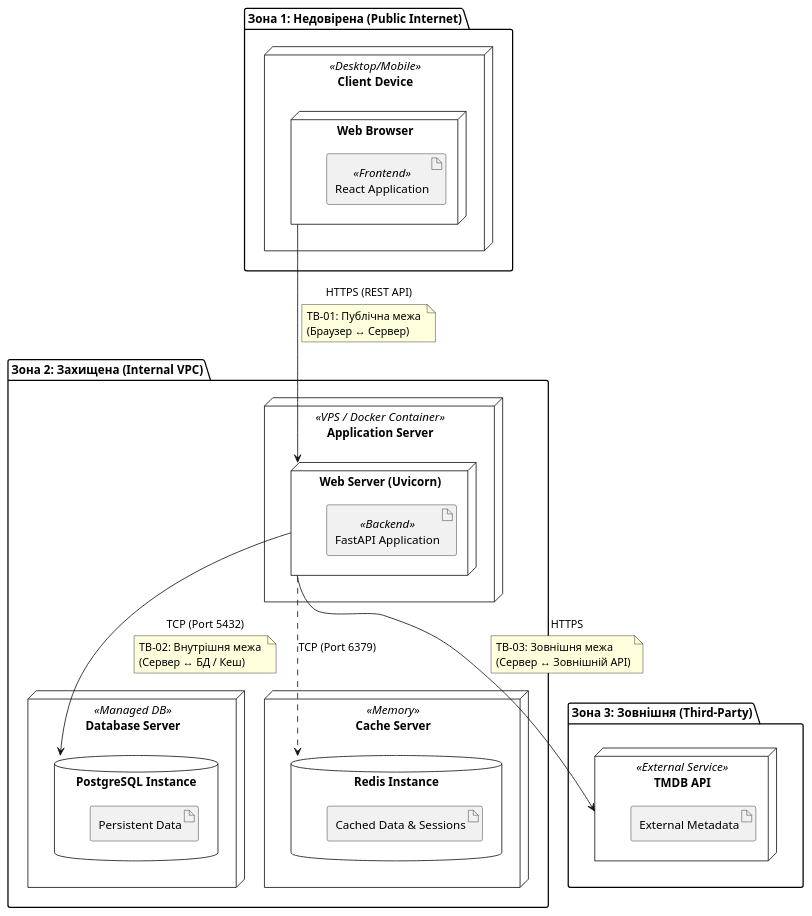
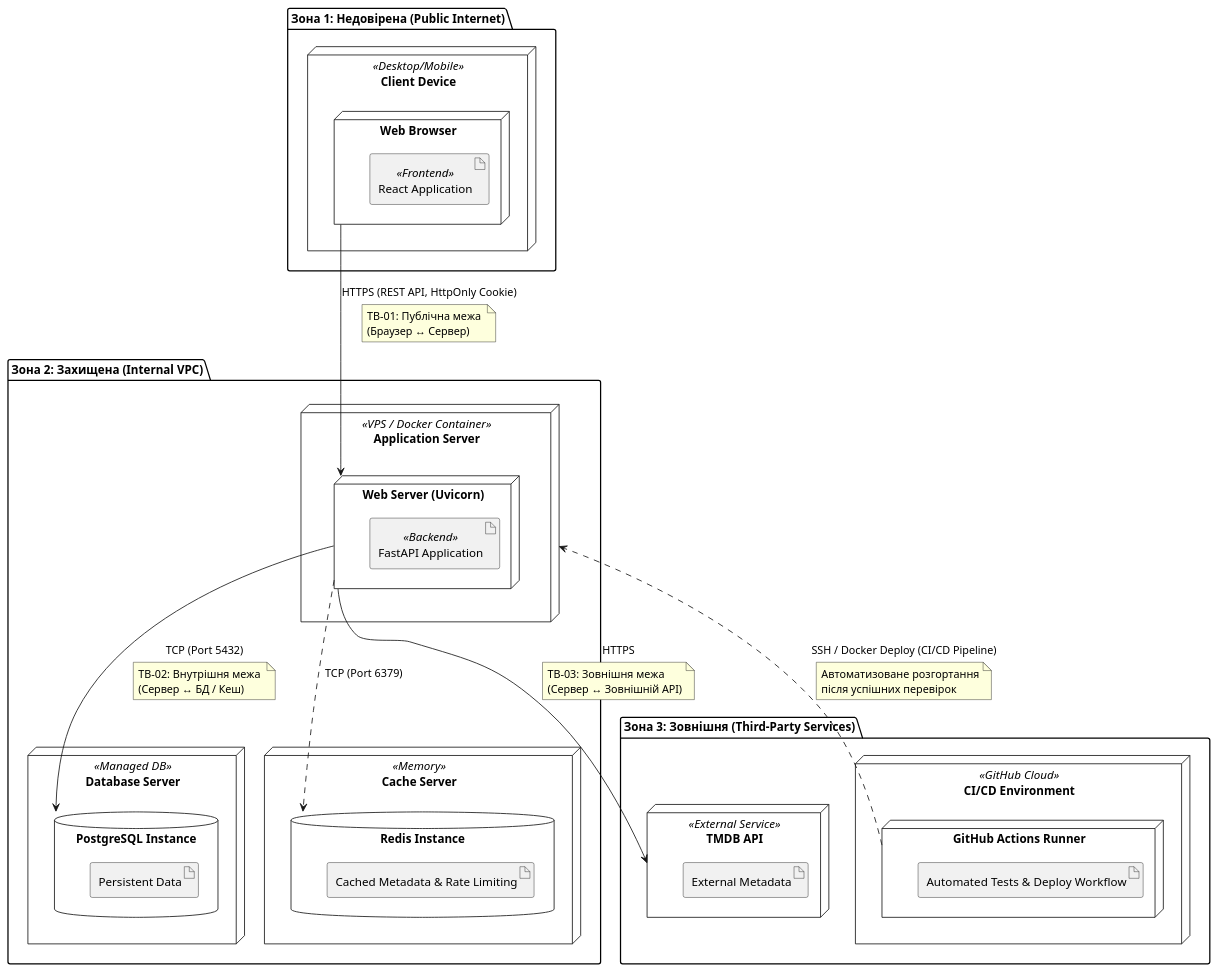
Before and after one commit to ukma-fin-ssdm-2026/ctrl-alt-defeat: the diagram in docs/architecture/uml/deployment-diagram.puml, drawn with PlantUML. The commit also changed 12 other files, not shown here.

Commit message:
docs: address lab 3 feedback across architecture, diagrams, and data model

```diff
--- a/docs/architecture/uml/deployment-diagram.puml
+++ b/docs/architecture/uml/deployment-diagram.puml
@@ -1,56 +1,69 @@
 @startuml
 package "Зона 1: Недовірена (Public Internet)" {
     node "Client Device" <<Desktop/Mobile>> {
         node "Web Browser" {
             artifact "React Application" <<Frontend>>
         }
     }
 }
 
 package "Зона 2: Захищена (Internal VPC)" {
     node "Application Server" <<VPS / Docker Container>> {
         node "Web Server (Uvicorn)" {
             artifact "FastAPI Application" <<Backend>>
         }
     }
 
     node "Database Server" <<Managed DB>> {
         database "PostgreSQL Instance" {
             artifact "Persistent Data"
         }
     }
 
     node "Cache Server" <<Memory>> {
         database "Redis Instance" {
-            artifact "Cached Data & Sessions"
+            artifact "Cached Metadata & Rate Limiting"
         }
     }
 }
 
-package "Зона 3: Зовнішня (Third-Party)" {
+package "Зона 3: Зовнішня (Third-Party Services)" {
     node "TMDB API" <<External Service>> {
         artifact "External Metadata"
+    }
+
+    node "CI/CD Environment" <<GitHub Cloud>> {
+        node "GitHub Actions Runner" {
+            artifact "Automated Tests & Deploy Workflow"
+        }
     }
 }
 
 ' Зв'язки та межі довіри на них
-"Web Browser" --> "Web Server (Uvicorn)" : HTTPS (REST API)
+"Web Browser" --> "Web Server (Uvicorn)" : HTTPS (REST API, HttpOnly Cookie)
 note on link
   TB-01: Публічна межа 
   (Браузер ↔ Сервер)
 end note
 
 "Web Server (Uvicorn)" --> "PostgreSQL Instance" : TCP (Port 5432)
 note on link
   TB-02: Внутрішня межа 
   (Сервер ↔ БД / Кеш)
 end note
 
 "Web Server (Uvicorn)" ..> "Redis Instance" : TCP (Port 6379)
 
 "Web Server (Uvicorn)" --> "TMDB API" : HTTPS
 note on link
   TB-03: Зовнішня межа 
   (Сервер ↔ Зовнішній API)
 end note
+
+"GitHub Actions Runner" ..> "Application Server" : SSH / Docker Deploy (CI/CD Pipeline)
+note on link
+  Автоматизоване розгортання
+  після успішних перевірок
+end note
+
 @enduml
```
